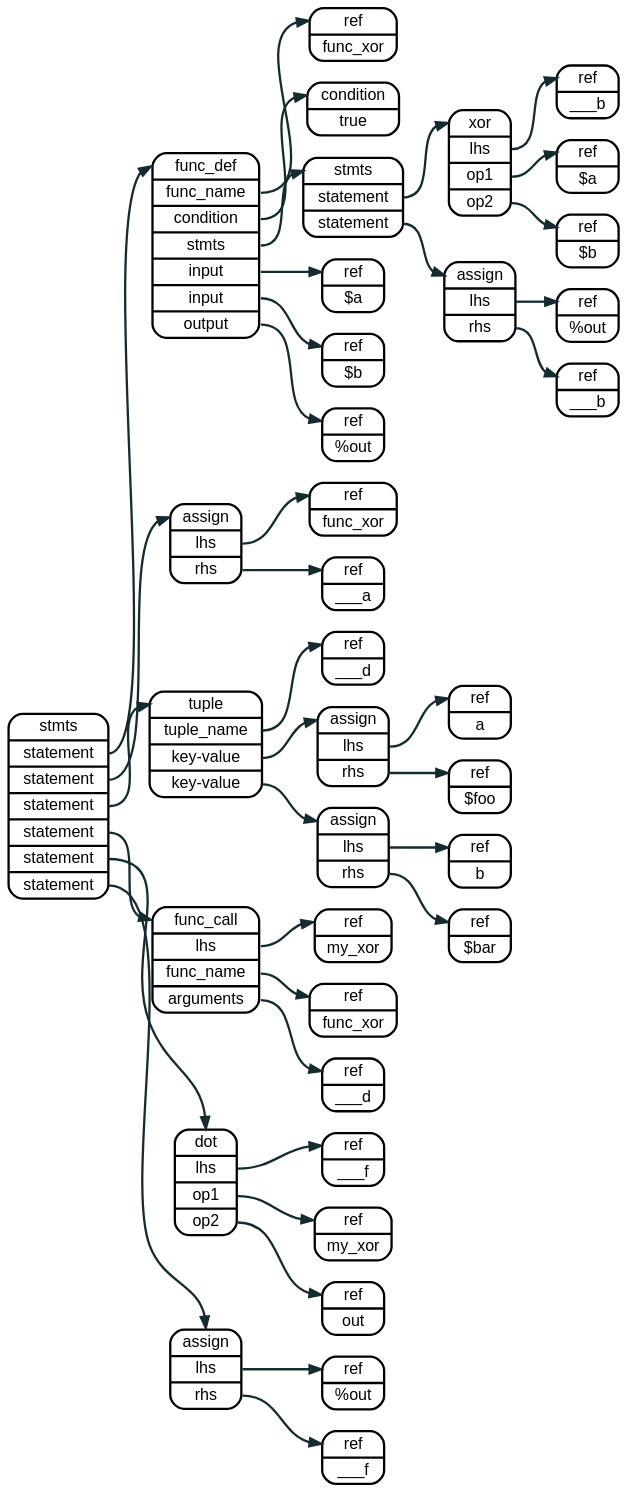
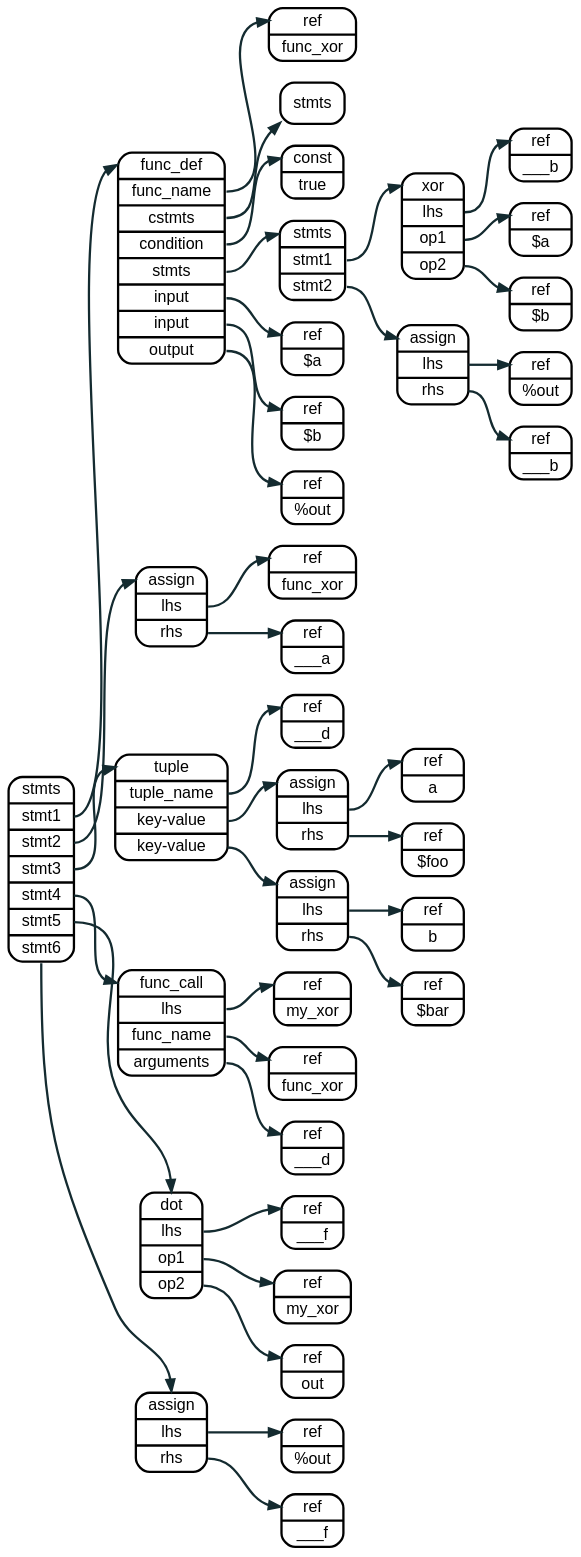
The diagram in source/graphviz/function_call_exp.dot (sakshi15108/lnast-doc), drawn with Graphviz before and after one commit. The commit also changed 29 other files, not shown here.

```diff
--- a/source/graphviz/function_call_exp.dot
+++ b/source/graphviz/function_call_exp.dot
@@ -1,109 +1,109 @@
 digraph assign {
   rankdir=LR
   bgcolor="transparent"
 
   node  [fontname = "helvetica", shape=record, style="rounded", penwidth = 2];
   edge  [fontname = "helvetica", color="#142b30", arrowhead="normal", penwidth = 2];
   graph [fontname = "helvetica"];
 
-  
-
-  node0 [label = "<a> stmts | <s1> statement | <s2> statement | <s3> statement |  <s4> statement | <s5> statement | <s6> statement" ];
-  node1 [label = "<a> func_def | <n> func_name | <cond> condition | <stmts> stmts |<io1> input | <io2> input |  <io3> output "]
+  node0 [label = "<a> stmts | <s1> stmt1 | <s2> stmt2 | <s3> stmt3 |  <s4> stmt4 | <s5> stmt5 | <s6> stmt6" ];
+  node1 [label = "<a> func_def | <n> func_name | <cstmts> cstmts | <cond> condition | <stmts> stmts |<io1> input | <io2> input |  <io3> output "]
   node2 [label = "<a> ref   | <l> func_xor"];
-  node3 [label = "<a> condition | <l> true"];
-  node4 [label = "<a> stmts | <s1> statement | <s2> statement"];
+  node3 [label = "<a> const | <l> true"];
+  node4 [label = "<a> stmts | <s1> stmt1 | <s2> stmt2"];
   node5 [label = "<a> ref   | <l> $a"];
   node6 [label = "<a> ref   | <l> $b"];
   node7 [label = "<a> ref   | <l> %out"];
+
+  node2b [label = "<a> stmts"];
+  node1:cstmts -> node2b:a;
 
   node8 [label = "<a> xor | <l> lhs | <r1> op1 | <r2> op2 "];
   node9 [label = "<a> ref   | <l> ___b"];
   nodea [label = "<a> ref   | <l> $a"];
   nodeb [label = "<a> ref   | <l> $b"];
 
   nodec [label = "<a> assign | <l> lhs  | <r> rhs"];
   noded [label = "<a> ref   | <l> %out"];
   nodee [label = "<a> ref   | <l> ___b"];
 
   nodef [label = "<a> assign | <l> lhs  | <r> rhs"];
   nodeg [label = "<a> ref   | <l> func_xor"];
   nodeh [label = "<a> ref   | <l> \___a"];
 
-  
   nodei [label = "<a> tuple   | <n> tuple_name | <kv1> key-value | <kv2> key-value"]
   nodej [label = "<a> ref   | <l> ___d"];
 
   nodek [label = "<a> assign | <l> lhs  | <r> rhs"];
   nodel [label = "<a> ref    | <l> a"];
   nodem [label = "<a> ref    | <l> $foo"];
 
   noden [label = "<a> assign | <l> lhs  | <r> rhs"];
   nodeo [label = "<a> ref    | <l> b"];
   nodep [label = "<a> ref    | <l> $bar"];
 
   nodeq [label = "<a> func_call | <l> lhs | <n> func_name | <tp> arguments"];
   noder [label = "<a> ref | <l> my_xor"];
   nodes [label = "<a> ref | <l> func_xor"];
   nodet [label = "<a> ref | <l> ___d"];
 
 
   nodeu [label = "<a> dot | <l> lhs | <r1> op1 | <r2> op2 "];
   nodev [label = "<a> ref   | <l> ___f"];
   nodew [label = "<a> ref   | <l> my_xor"];
   nodex [label = "<a> ref   | <l> out"];
 
   nodey  [label = "<a> assign | <l> lhs  | <r> rhs"];
   nodez  [label = "<a> ref   | <l> %out"];
   nodeaa [label = "<a> ref   | <l> ___f"];
 
 
 
   node0:s1  -> node1:a;
   node0:s2  -> nodef:a;
   node0:s3  -> nodei:a;
   node0:s4  -> nodeq:a;
   node0:s5  -> nodeu:a;
   node0:s6  -> nodey:a;
 
   node1:n     -> node2:a;
   node1:cond  -> node3:a;
   node1:stmts -> node4:a;
   node1:io1   -> node5:a;
   node1:io2   -> node6:a;
   node1:io3   -> node7:a;
 
   node4:s1 -> node8:a;
   node4:s2 -> nodec:a;
 
   node8:l  -> node9:a;
   node8:r1 -> nodea:a;
   node8:r2 -> nodeb:a;
 
   nodec:l  -> noded:a;
   nodec:r  -> nodee:a;
 
   nodef:l  -> nodeg:a;
   nodef:r  -> nodeh:a;
   
   nodei:n   -> nodej:a;
   nodei:kv1 -> nodek:a;
   nodei:kv2 -> noden:a;
 
   nodek:l -> nodel:a;
   nodek:r -> nodem:a;
 
   noden:l -> nodeo:a;
   noden:r -> nodep:a;
 
   nodeq:l -> noder:a;
   nodeq:n -> nodes:a;
   nodeq:tp-> nodet:a;
 
   nodeu:l -> nodev:a;
   nodeu:r1 -> nodew:a;
   nodeu:r2 -> nodex:a;
 
   nodey:l -> nodez:a;
   nodey:r -> nodeaa:a;
 }
```
